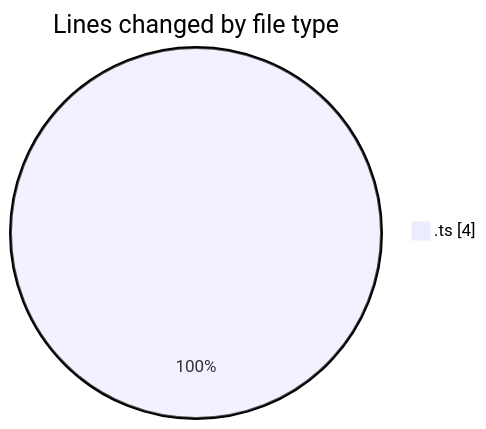
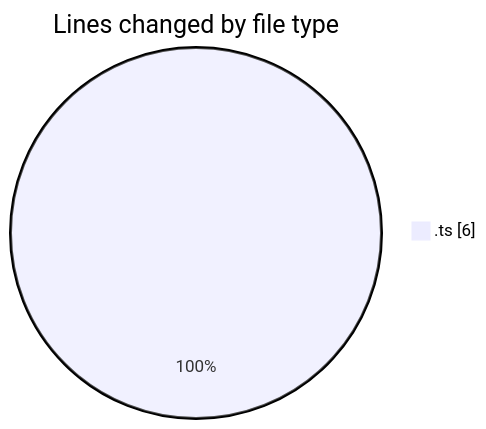
One commit to tmsrecording-cyber/code-tracking changed the first of 2 diagrams in 2026-02-05/singularitybrainai/README.md. Above: the diagram before and after it, drawn with Mermaid. The commit also changed other lines of this file and 1 other file, not shown here.

````diff
--- a/2026-02-05/singularitybrainai/README.md
+++ b/2026-02-05/singularitybrainai/README.md
@@ -20,5 +20,5 @@
 ```mermaid
 pie showData
 title Lines changed by file type
-".ts" : 4
+".ts" : 6
 ```
````
